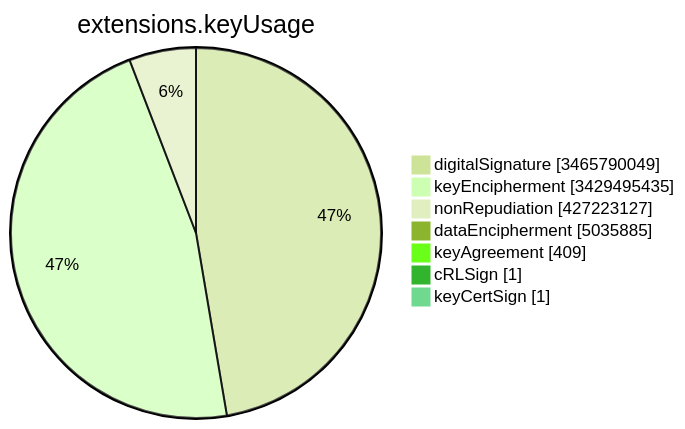
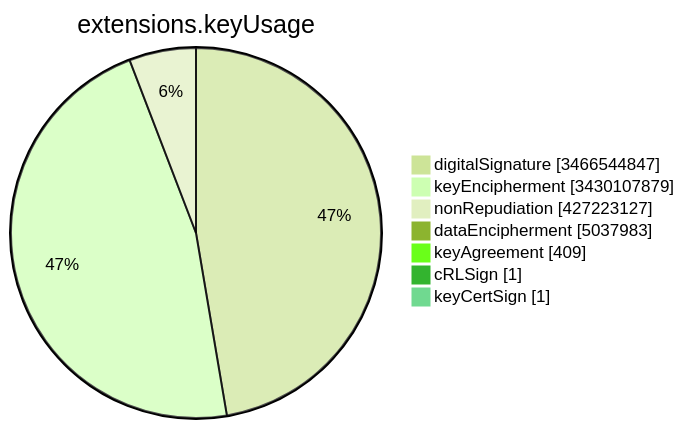
Before and after one commit to christiankrug/ctmonitor_visualization: the sixth of 15 diagrams in TOTAL/README.md, drawn with Mermaid (forest theme). The commit also changed other lines of this file, not shown here.

````diff
--- a/TOTAL/README.md
+++ b/TOTAL/README.md
@@ -3082,11 +3082,11 @@
 ```mermaid
 pie showData
 title extensions.keyUsage
-"digitalSignature" :3465790049
-"keyEncipherment" :3429495435
+"digitalSignature" :3466544847
+"keyEncipherment" :3430107879
 "nonRepudiation" :427223127
-"dataEncipherment" :5035885
+"dataEncipherment" :5037983
 "keyAgreement" :409
 "cRLSign" :1
 "keyCertSign" :1
 ```
````
